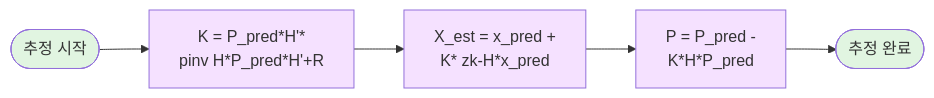
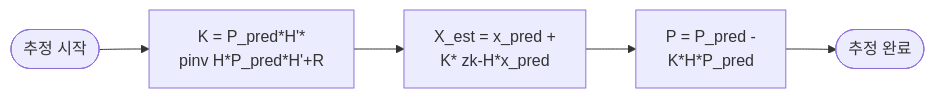
The seventh of 7 diagrams in README.md (Yongseok1221/Kalman_Filter_ToA), drawn with Mermaid before and after one commit. The commit also changed other lines of this file, not shown here.

````diff
--- a/README.md
+++ b/README.md
@@ -173,13 +150,9 @@
 ```mermaid
 flowchart LR
     UpdateStart([추정 시작]) --> CalcK[K = P_pred*H'*<br/>pinv H*P_pred*H'+R]
     CalcK --> CalcX[X_est = x_pred +<br/>K* zk-H*x_pred]
     CalcX --> CalcP[P = P_pred -<br/>K*H*P_pred]
     CalcP --> UpdateEnd([추정 완료])
     
-    style UpdateStart fill:#e1f5e1
-    style UpdateEnd fill:#e1f5e1
-    style CalcK fill:#f5e1ff
-    style CalcX fill:#f5e1ff
-    style CalcP fill:#f5e1ff
+
 ```
````
